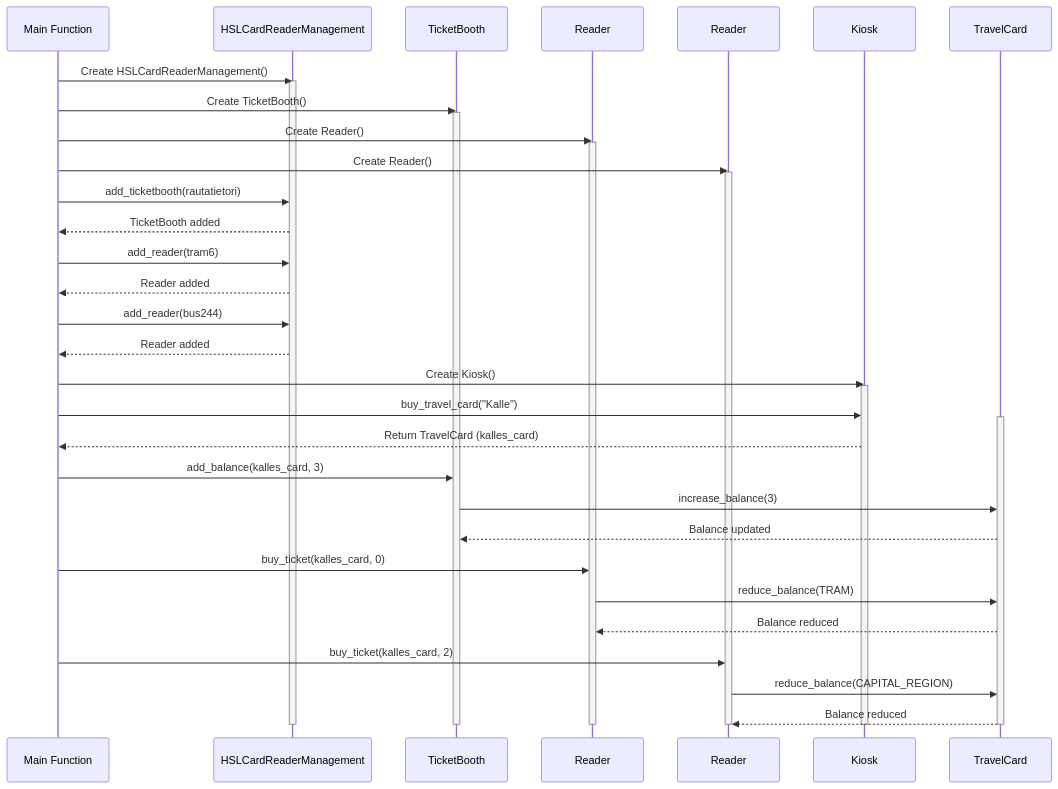
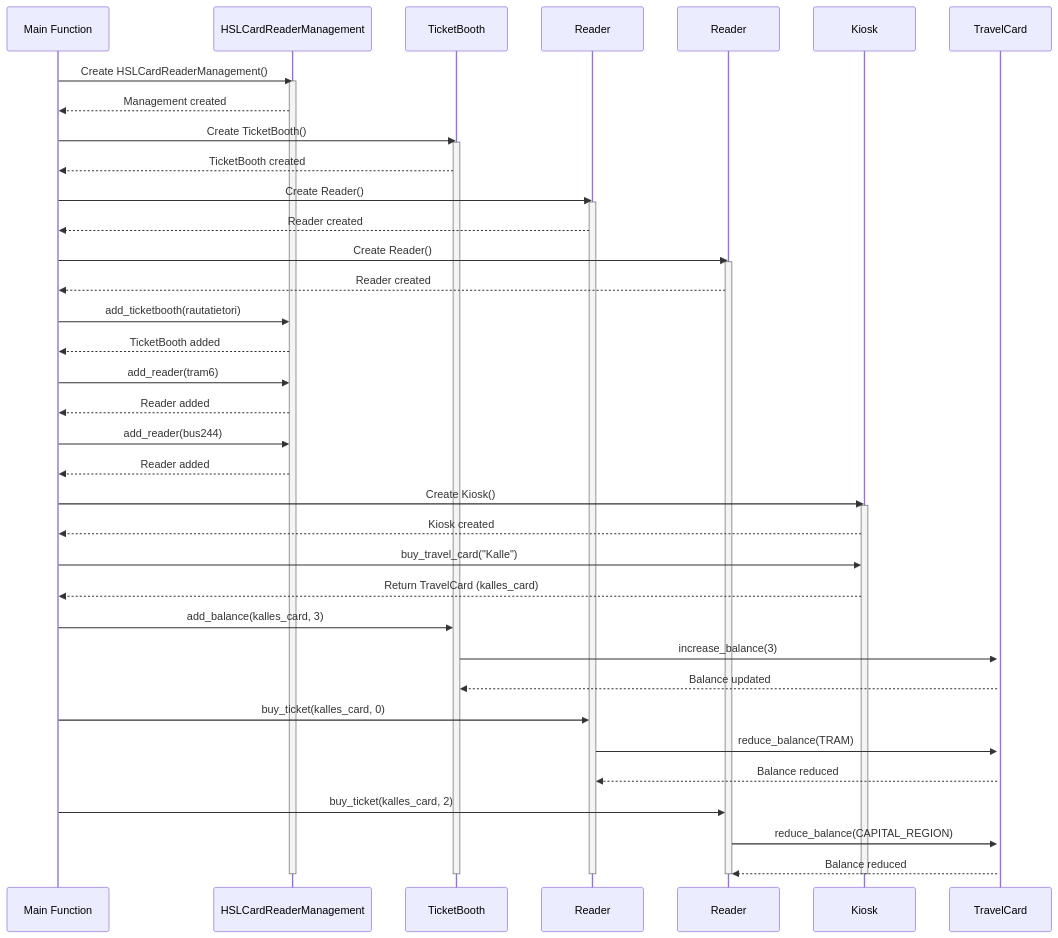
The diagram in exercises/week3/task2.md (kirkeruusalu/software-project), drawn with Mermaid before and after one commit.

````diff
--- a/exercises/week3/task2.md
+++ b/exercises/week3/task2.md
@@ -1,57 +1,62 @@
 ```mermaid
 sequenceDiagram
     participant main as Main Function
     participant management as HSLCardReaderManagement
     participant rautatietori as TicketBooth
     participant tram6 as Reader
     participant bus244 as Reader
     participant kiosk1 as Kiosk
     participant kalles_card as TravelCard
 
     main->>management: Create HSLCardReaderManagement()
     activate management
+    management-->>main: Management created
 
     main->>rautatietori: Create TicketBooth()
     activate rautatietori
+    rautatietori-->>main: TicketBooth created
 
     main->>tram6: Create Reader()
     activate tram6
+    tram6-->>main: Reader created
 
     main->>bus244: Create Reader()
     activate bus244
+    bus244-->>main: Reader created
 
     main->>management: add_ticketbooth(rautatietori)
     management-->>main: TicketBooth added
 
     main->>management: add_reader(tram6)
     management-->>main: Reader added
 
     main->>management: add_reader(bus244)
     management-->>main: Reader added
 
     main->>kiosk1: Create Kiosk()
     activate kiosk1
+    kiosk1-->>main: Kiosk created
 
     main->>kiosk1: buy_travel_card("Kalle")
     activate kalles_card
     kiosk1-->>main: Return TravelCard (kalles_card)
 
     main->>rautatietori: add_balance(kalles_card, 3)
     rautatietori->>kalles_card: increase_balance(3)
     kalles_card-->>rautatietori: Balance updated
 
     main->>tram6: buy_ticket(kalles_card, 0)
     tram6->>kalles_card: reduce_balance(TRAM)
     kalles_card-->>tram6: Balance reduced
 
     main->>bus244: buy_ticket(kalles_card, 2)
     bus244->>kalles_card: reduce_balance(CAPITAL_REGION)
     kalles_card-->>bus244: Balance reduced
 
     deactivate bus244
     deactivate tram6
     deactivate rautatietori
     deactivate management
-    deactivate kalles_card
     deactivate kiosk1
+
 ```
````
